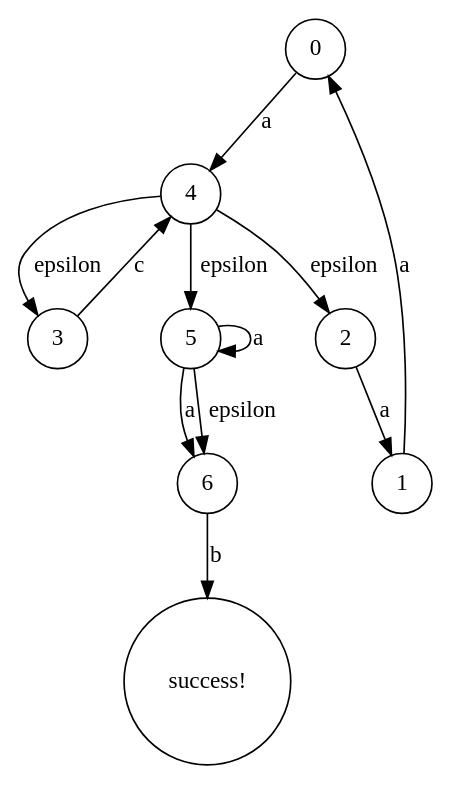
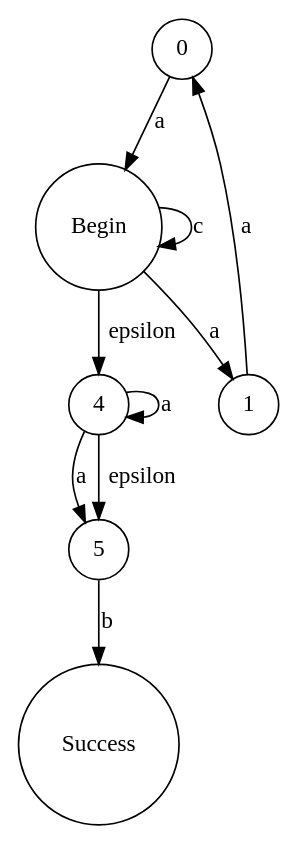
The diagram in MyRegEngine/bin/Debug/netcoreapp3.1/TestCase8.dot (ayanamists/MyRegEngine), drawn with Graphviz before and after one commit. The commit also changed 26 other files, not shown here.

```diff
--- a/MyRegEngine/bin/Debug/netcoreapp3.1/TestCase8.dot
+++ b/MyRegEngine/bin/Debug/netcoreapp3.1/TestCase8.dot
@@ -1,1 +1,1 @@
-digraph TestCase8 { 0 [shape=circle,label="0"]; 1 [shape=circle,label="1"]; 2 [shape=circle,label="2"]; 3 [shape=circle,label="3"]; 4 [shape=circle,label="4"]; 5 [shape=circle,label="5"]; 6 [shape=circle,label="6"]; success [shape=circle,label="success!"]; 0 -> 4[label="a"]; 1 -> 0[label="a"]; 2 -> 1[label="a"]; 3 -> 4[label="c"]; 4 -> 2[label="epsilon"]; 4 -> 3[label="epsilon"]; 4 -> 5[label="epsilon"]; 5 -> 5[label="a"]; 5 -> 6[label="a"]; 5 -> 6[label="epsilon"]; 6 -> success[label="b"]; }
+digraph TestCase8 { 0 [shape=circle,label="0"]; 1 [shape=circle,label="1"]; 2 [shape=circle,label="Begin"]; 4 [shape=circle,label="4"]; 5 [shape=circle,label="5"]; 6 [shape=circle,label="Success"]; 0 -> 2[label="a"]; 1 -> 0[label="a"]; 2 -> 1[label="a"]; 2 -> 4[label="epsilon"]; 2 -> 2[label="c"]; 4 -> 4[label="a"]; 4 -> 5[label="a"]; 4 -> 5[label="epsilon"]; 5 -> 6[label="b"]; }
```
